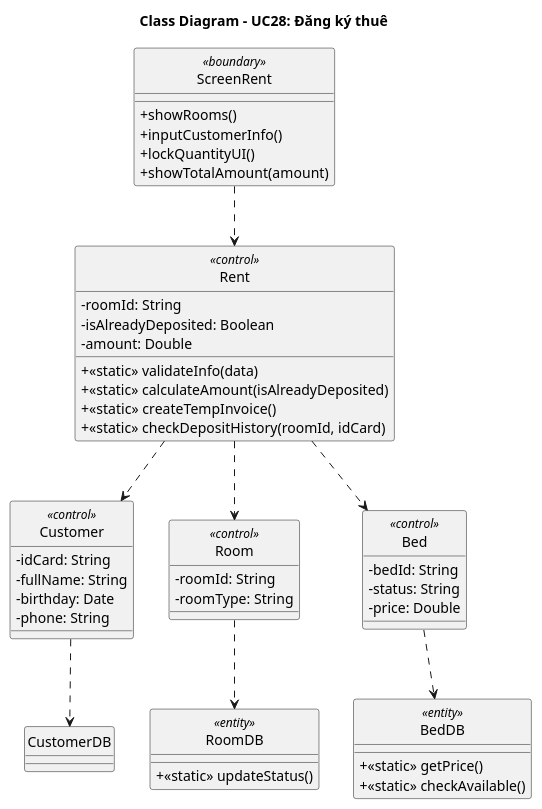
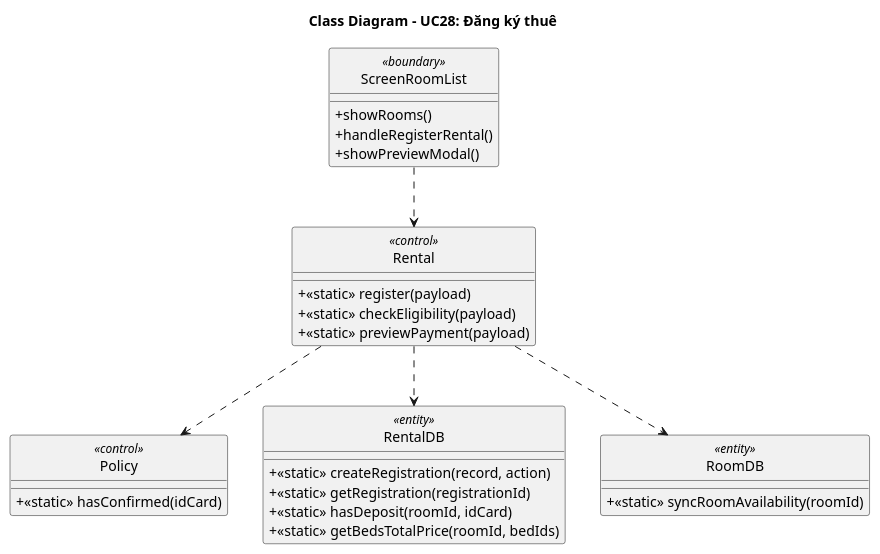
The diagram in doc/system/dang_ky_thue/DangKythue_ClassDiagram.wsd (Gnourt812005/HCMUS-Analyze-and-desgin-IS), drawn with PlantUML before and after one commit. The commit also changed 15 other files, not shown here.

Commit message:
bao/code: re-implement rental registration system including database entities, business logic, and UI components

```diff
--- a/doc/system/dang_ky_thue/DangKythue_ClassDiagram.wsd
+++ b/doc/system/dang_ky_thue/DangKythue_ClassDiagram.wsd
@@ -1,61 +1,41 @@
-@startuml DangKythue_ClassDiagram
+@startuml DangKyThue_ClassDiagram
 
 skinparam classAttributeIconSize 0
 skinparam style strictuml
 title Class Diagram - UC28: Đăng ký thuê
 
 ' --- BOUNDARY LAYER ---
-class "ScreenRent" as ScreenDeposit <<boundary>> {
+class "ScreenRoomList" as ScreenRoomList <<boundary>> {
     + showRooms()
-    + inputCustomerInfo()
-    + lockQuantityUI()
-    + showTotalAmount(amount)
+    + handleRegisterRental()
+    + showPreviewModal()
 }
 
 ' --- BUSINESS LAYER ---
-class "Customer" as Customer <<control>> {
-    - idCard: String
-    - fullName: String
-    - birthday: Date
-    - phone: String
+class "Rental" as Rental <<control>> {
+    + <<static>> register(payload)
+    + <<static>> checkEligibility(payload)
+    + <<static>> previewPayment(payload)
 }
 
-class "Room" as Room <<control>> {
-    - roomId: String
-    - roomType: String
+class "Policy" as Policy <<control>> {
+    + <<static>> hasConfirmed(idCard)
 }
 
-class "Bed" as Bed <<control>> {
-    - bedId: String
-    - status: String
-    - price: Double
-}
-
-class "Rent" as Rent <<control>> {
-    - roomId: String
-    - isAlreadyDeposited: Boolean
-    - amount: Double
-    + <<static>> validateInfo(data)
-    + <<static>> calculateAmount(isAlreadyDeposited)
-    + <<static>> createTempInvoice()
-    + <<static>> checkDepositHistory(roomId, idCard)
+class "RentalDB" as RentalDB <<entity>> {
+    + <<static>> createRegistration(record, action)
+    + <<static>> getRegistration(registrationId)
+    + <<static>> hasDeposit(roomId, idCard)
+    + <<static>> getBedsTotalPrice(roomId, bedIds)
 }
 
 class "RoomDB" as RoomDB <<entity>> {
-    + <<static>> updateStatus()
+    + <<static>> syncRoomAvailability(roomId)
 }
 
-class "BedDB" as BedDB <<entity>> {
-    + <<static>> getPrice()
-    + <<static>> checkAvailable()
-}
-
-"ScreenDeposit" ..> "Rent"
-"Rent" ..> "Customer"
-"Rent" ..> "Room"
-"Rent" ..> "Bed"
-"Customer" ..> "CustomerDB"
-"Room" ..> "RoomDB"
-"Bed" ..> "BedDB"
+"ScreenRoomList" ..> "Rental"
+"Rental" ..> "RentalDB"
+"Rental" ..> "Policy"
+"Rental" ..> "RoomDB"
 
 @enduml
```
